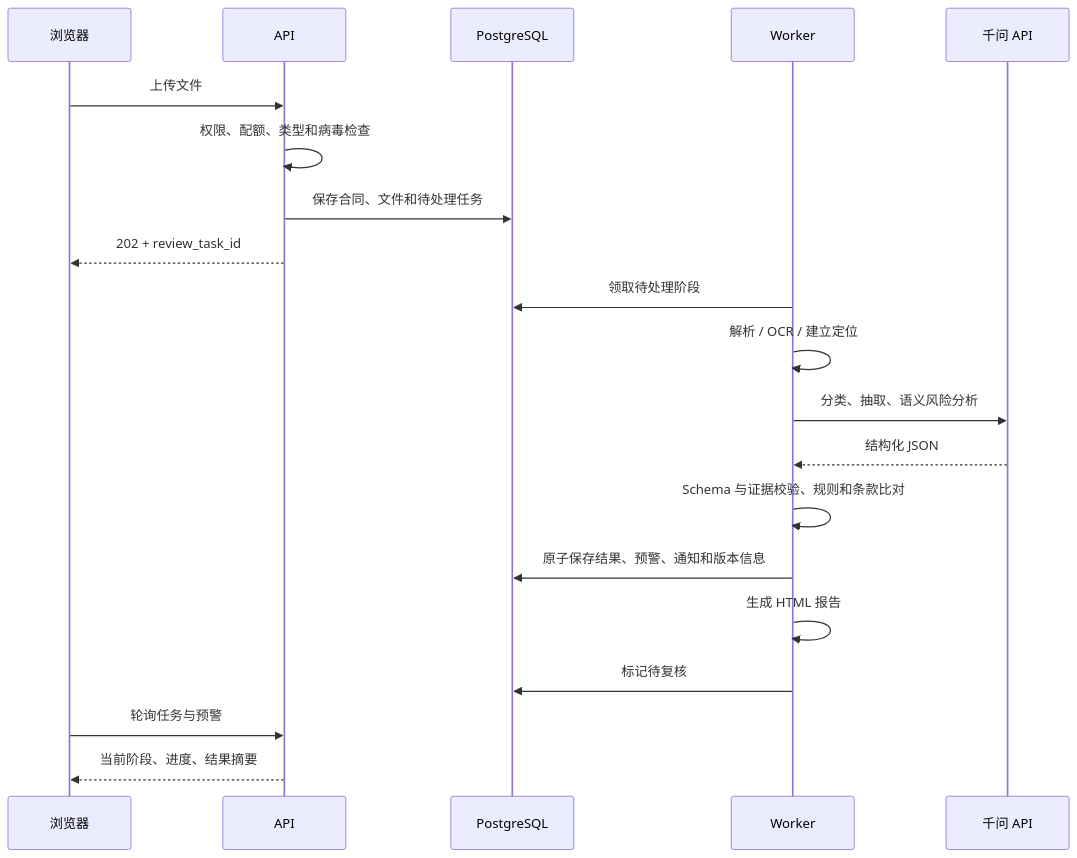
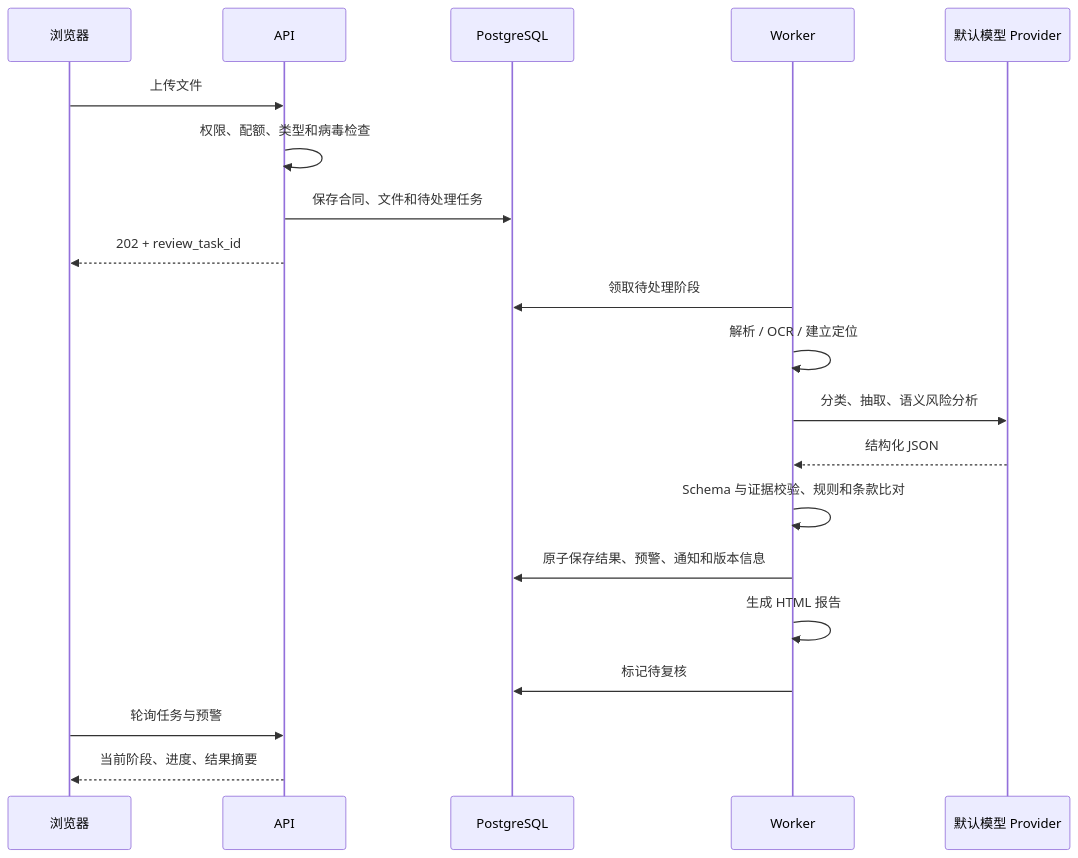
Before and after one commit to Friesmatcha/Contract: the second of 3 diagrams in docs/architecture.md, drawn with Mermaid. The commit also changed other lines of this file and 51 other files, not shown here.

````diff
--- a/docs/architecture.md
+++ b/docs/architecture.md
@@ -110,23 +110,23 @@
 ```mermaid
 sequenceDiagram
     participant B as 浏览器
     participant A as API
     participant D as PostgreSQL
     participant W as Worker
-    participant M as 千问 API
+    participant M as 默认模型 Provider
 
     B->>A: 上传文件
     A->>A: 权限、配额、类型和病毒检查
     A->>D: 保存合同、文件和待处理任务
     A-->>B: 202 + review_task_id
     W->>D: 领取待处理阶段
     W->>W: 解析 / OCR / 建立定位
     W->>M: 分类、抽取、语义风险分析
     M-->>W: 结构化 JSON
     W->>W: Schema 与证据校验、规则和条款比对
     W->>D: 原子保存结果、预警、通知和版本信息
     W->>W: 生成 HTML 报告
     W->>D: 标记待复核
     B->>A: 轮询任务与预警
     A-->>B: 当前阶段、进度、结果摘要
 ```
````
